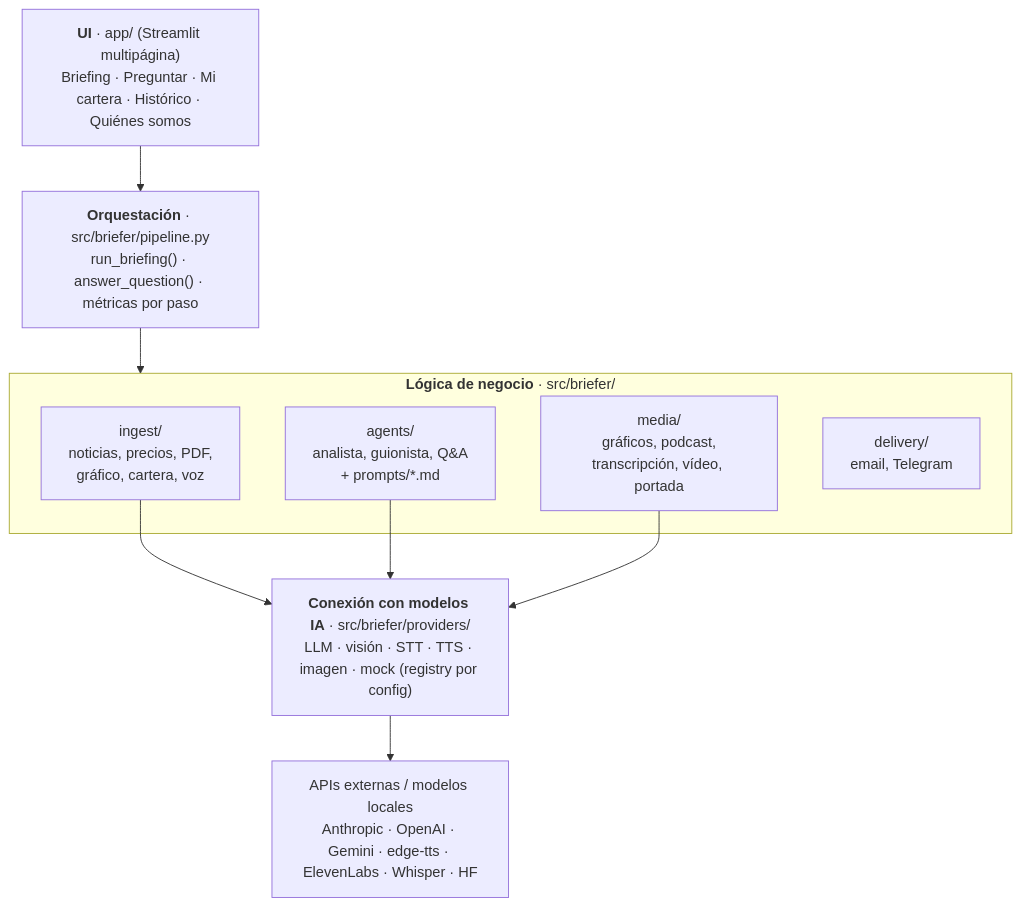
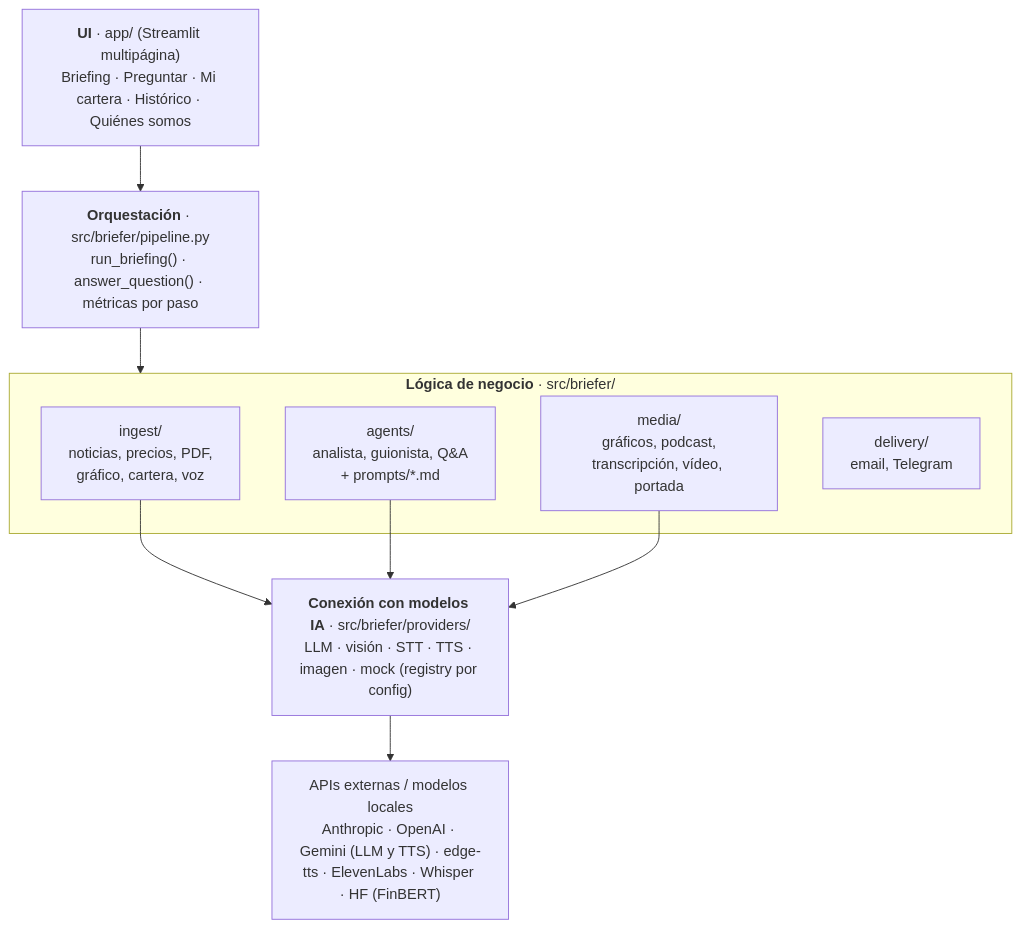
The second of 2 diagrams in README.md (Romequinco/multimodal-market-briefer), drawn with Mermaid before and after one commit. The commit also changed other lines of this file and 7 other files, not shown here.

Commit message:
Documentación: FinBERT integrado, decisión de voces y nuevo briefing pregenerado

````diff
--- a/README.md
+++ b/README.md
@@ -201,19 +209,19 @@
 ```mermaid
 flowchart TB
     UI["<b>UI</b> · app/ (Streamlit multipágina)<br/>Briefing · Preguntar · Mi cartera · Histórico · Quiénes somos"]
     PL["<b>Orquestación</b> · src/briefer/pipeline.py<br/>run_briefing() · answer_question() · métricas por paso"]
     subgraph BIZ["<b>Lógica de negocio</b> · src/briefer/"]
         ING["ingest/<br/>noticias, precios, PDF,<br/>gráfico, cartera, voz"]
         AGT["agents/<br/>analista, guionista, Q&A<br/>+ prompts/*.md"]
         MED["media/<br/>gráficos, podcast,<br/>transcripción, vídeo, portada"]
         DLV["delivery/<br/>email, Telegram"]
     end
     PRV["<b>Conexión con modelos IA</b> · src/briefer/providers/<br/>LLM · visión · STT · TTS · imagen · mock (registry por config)"]
-    X["APIs externas / modelos locales<br/>Anthropic · OpenAI · Gemini · edge-tts · ElevenLabs · Whisper · HF"]
+    X["APIs externas / modelos locales<br/>Anthropic · OpenAI · Gemini (LLM y TTS) · edge-tts · ElevenLabs · Whisper · HF (FinBERT)"]
 
     UI --> PL --> BIZ
     ING --> PRV
     AGT --> PRV
     MED --> PRV
     PRV --> X
 ```
````
